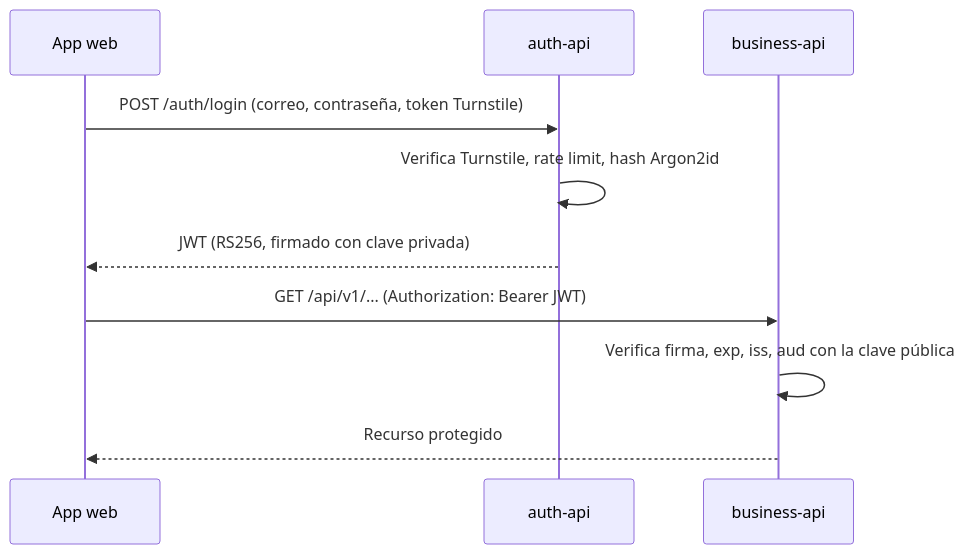
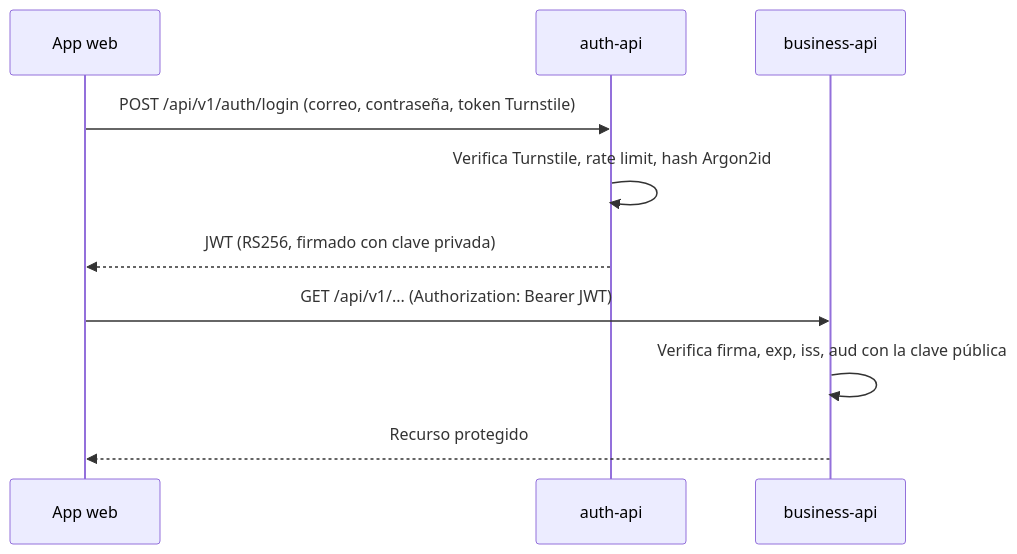
One commit to Zerik-Official/Motorix changed the diagram in docs/es/security.md. Above: the diagram before and after it, drawn with Mermaid. The commit also changed 1 other file, not shown here.

Commit message:
docs(security): use the versioned login route in the authentication flow

````diff
--- a/docs/es/security.md
+++ b/docs/es/security.md
@@ -5,13 +5,13 @@
 ```mermaid
 sequenceDiagram
     participant W as App web
     participant A as auth-api
     participant B as business-api
 
-    W->>A: POST /auth/login (correo, contraseña, token Turnstile)
+    W->>A: POST /api/v1/auth/login (correo, contraseña, token Turnstile)
     A->>A: Verifica Turnstile, rate limit, hash Argon2id
     A-->>W: JWT (RS256, firmado con clave privada)
     W->>B: GET /api/v1/... (Authorization: Bearer JWT)
     B->>B: Verifica firma, exp, iss, aud con la clave pública
     B-->>W: Recurso protegido
 ```
````
